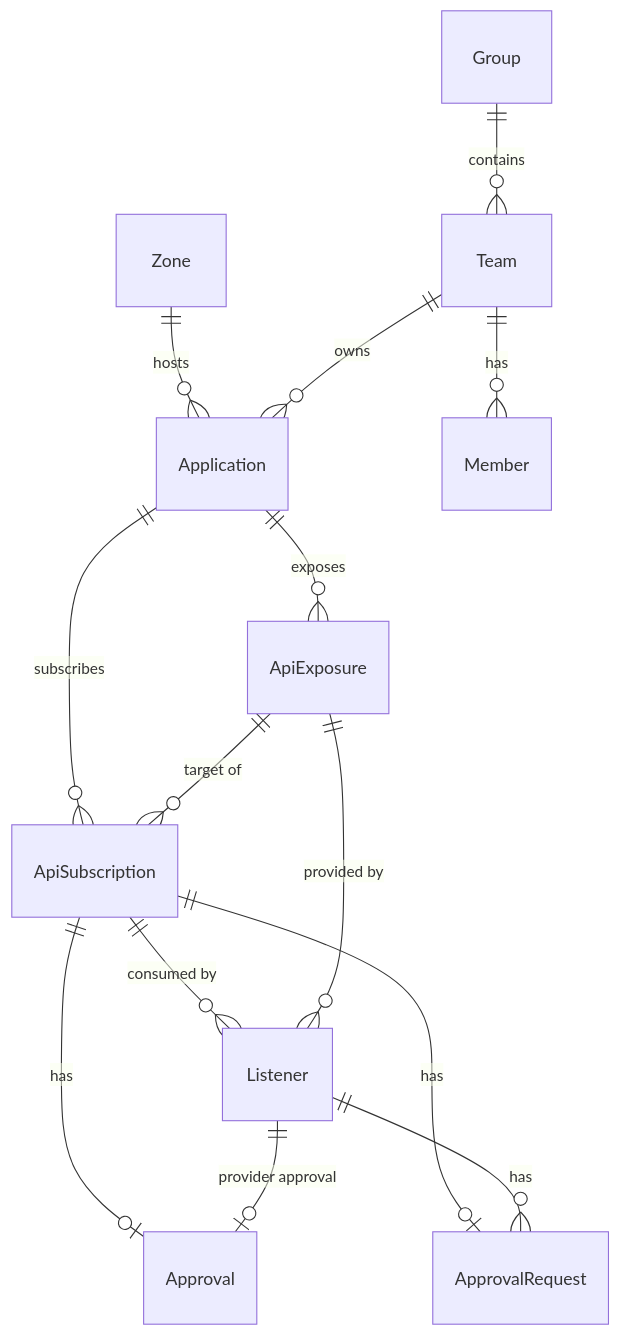
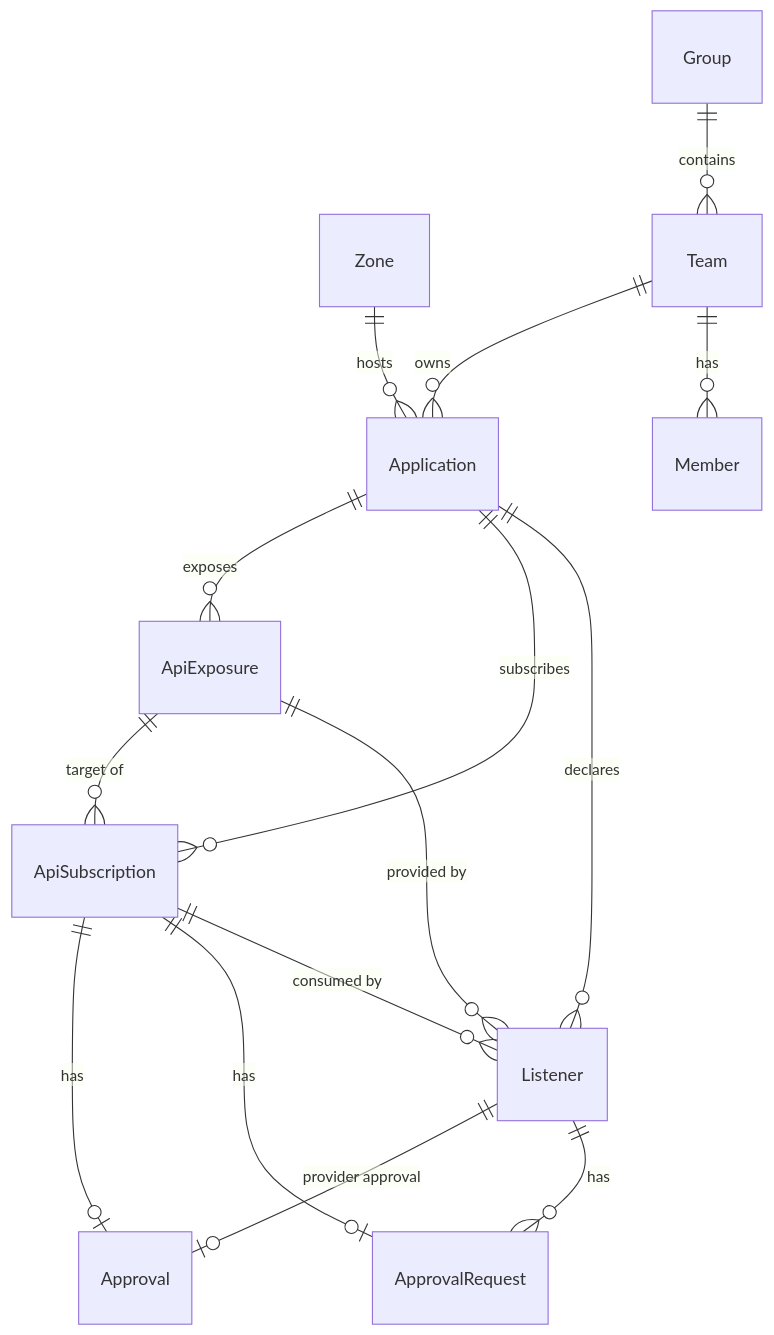
The third of 3 diagrams in docs/docs/architecture/controlplane-api.mdx (telekom/controlplane), drawn with Mermaid before and after one commit. The commit also changed other lines of this file and 37 other files, not shown here.

First line of the commit message:
feat(controlplane-api): model listener application and dual approvals

````diff
--- a/docs/docs/architecture/controlplane-api.mdx
+++ b/docs/docs/architecture/controlplane-api.mdx
@@ -112,16 +112,17 @@
 ```mermaid
 erDiagram
     Zone ||--o{ Application : "hosts"
     Group ||--o{ Team : "contains"
     Team ||--o{ Application : "owns"
     Team ||--o{ Member : "has"
     Application ||--o{ ApiExposure : "exposes"
     Application ||--o{ ApiSubscription : "subscribes"
+    Application ||--o{ Listener : "declares"
     ApiExposure ||--o{ ApiSubscription : "target of"
     ApiSubscription ||--o| Approval : "has"
     ApiSubscription ||--o| ApprovalRequest : "has"
     ApiSubscription ||--o{ Listener : "consumed by"
     ApiExposure ||--o{ Listener : "provided by"
     Listener ||--o| Approval : "provider approval"
     Listener ||--o{ ApprovalRequest : "has"
 ```
````
